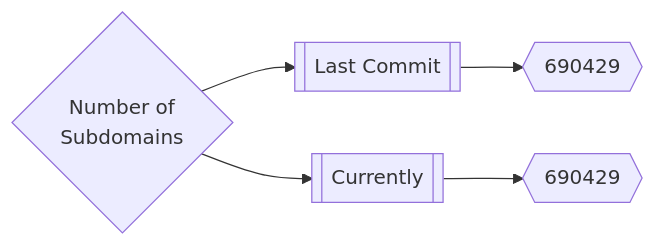
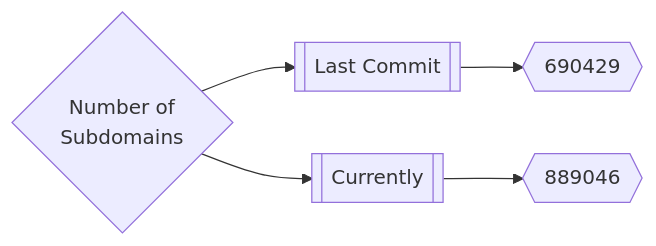
Before and after one commit to trickest/inventory: the first of 3 diagrams in README.md, drawn with Mermaid. The commit also changed other lines of this file and 107 other files, not shown here.

````diff
--- a/README.md
+++ b/README.md
@@ -165,5 +165,5 @@
 ```mermaid
 graph LR
 title{Number of<br>Subdomains} --> subdomainsDate1[[Last Commit]] --> subdomainsNum1{{690429}}
-title --> subdomainsDate2[[Currently]] --> subdomainsNum2{{690429}}
+title --> subdomainsDate2[[Currently]] --> subdomainsNum2{{889046}}
 ```
````
